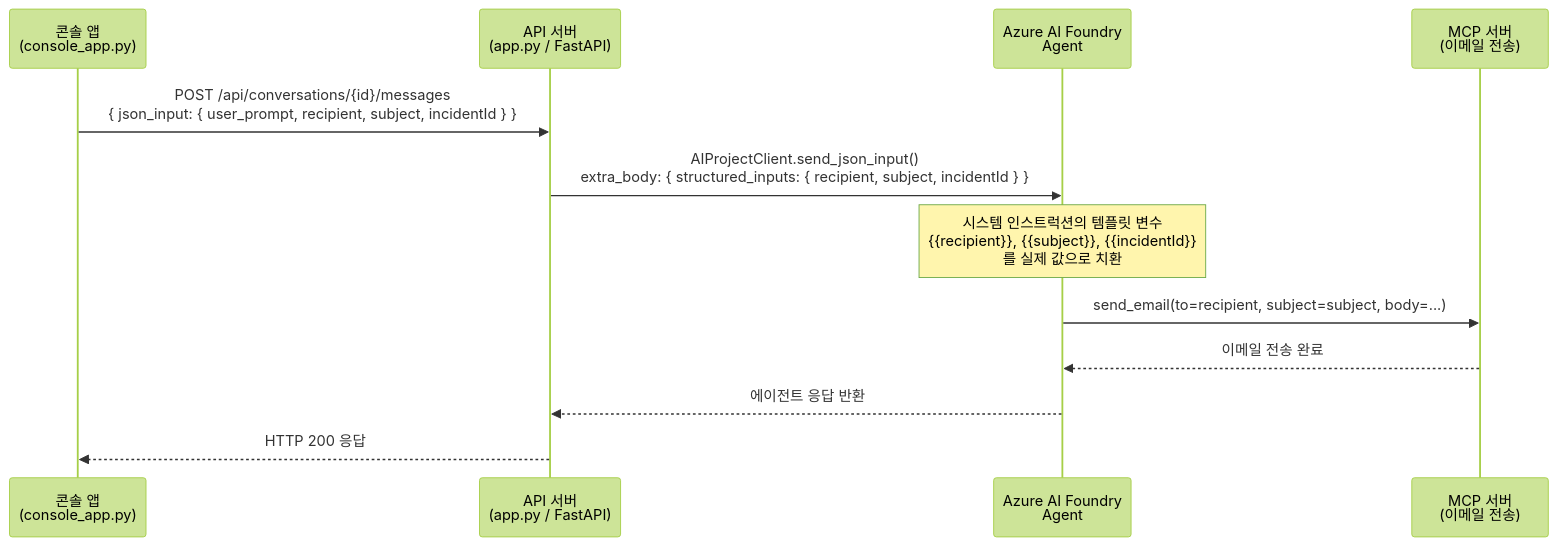
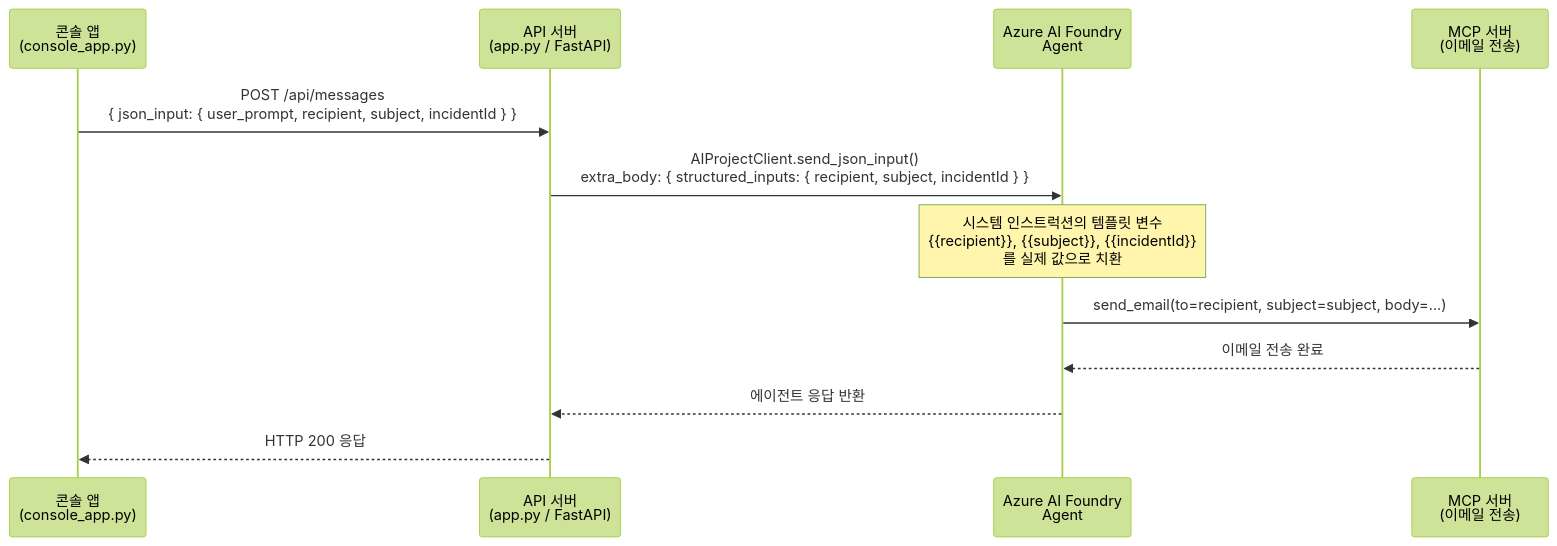
Before and after one commit to bedro96/Structured_input: the diagram in README.md, drawn with Mermaid (forest theme). The commit also changed other lines of this file and 2 other files, not shown here.

````diff
--- a/README.md
+++ b/README.md
@@ -76,15 +82,15 @@
 ```mermaid
 sequenceDiagram
     participant C as 콘솔 앱<br/>(console_app.py)
     participant A as API 서버<br/>(app.py / FastAPI)
     participant F as Azure AI Foundry<br/>Agent
     participant M as MCP 서버<br/>(이메일 전송)
 
-    C->>A: POST /api/conversations/{id}/messages<br/>{ json_input: { user_prompt, recipient, subject, incidentId } }
+    C->>A: POST /api/messages<br/>{ json_input: { user_prompt, recipient, subject, incidentId } }
     A->>F: AIProjectClient.send_json_input()<br/>extra_body: { structured_inputs: { recipient, subject, incidentId } }
     Note over F: 시스템 인스트럭션의 템플릿 변수<br/>{{recipient}}, {{subject}}, {{incidentId}}<br/>를 실제 값으로 치환
     F->>M: send_email(to=recipient, subject=subject, body=...)
     M-->>F: 이메일 전송 완료
     F-->>A: 에이전트 응답 반환
     A-->>C: HTTP 200 응답
 ```
````
